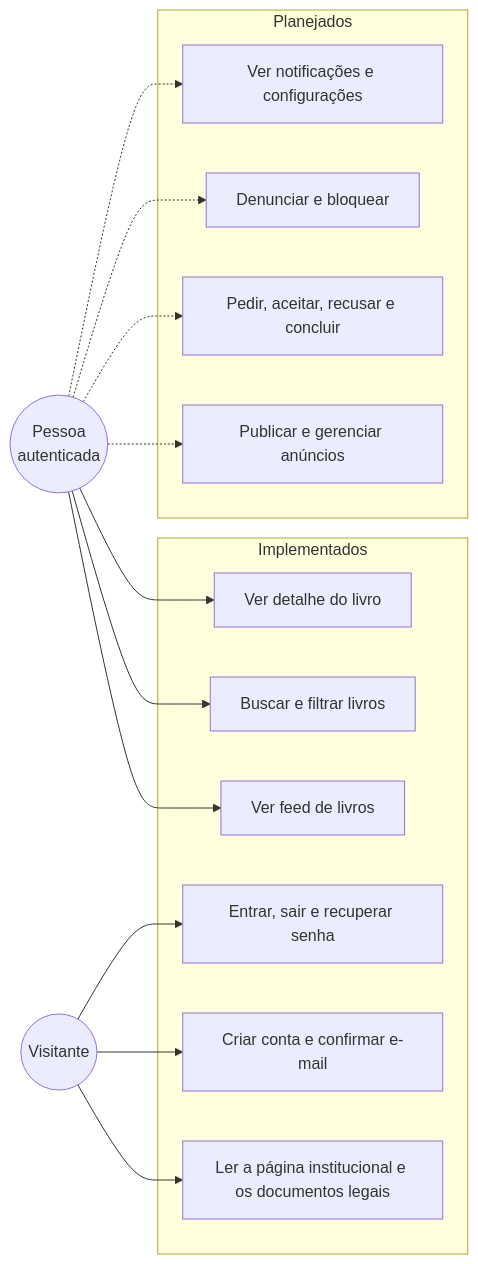
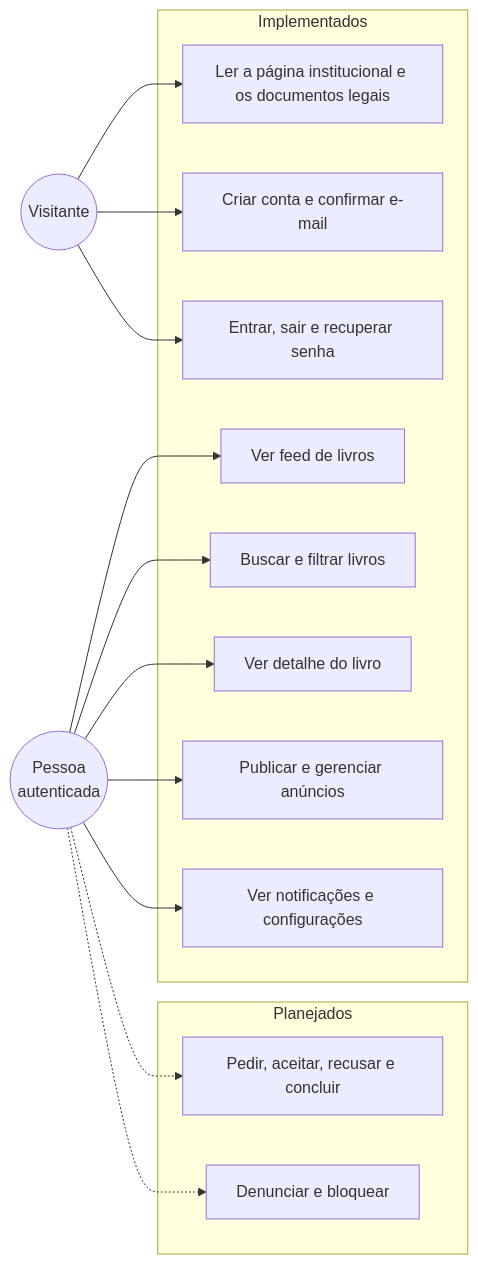
One commit to Ghostyxseven/IpeBook changed the third of 8 diagrams in docs/relatorio-pdm.md. Above: the diagram before and after it, drawn with Mermaid. The commit also changed other lines of this file and 15 other files, not shown here.

````diff
--- a/docs/relatorio-pdm.md
+++ b/docs/relatorio-pdm.md
@@ -82,29 +86,29 @@
 ```mermaid
 flowchart LR
   P(("Pessoa<br/>autenticada"))
   V(("Visitante"))
   subgraph Implementados
     UC1["Criar conta e confirmar e-mail"]
     UC2["Entrar, sair e recuperar senha"]
     UC3["Ver feed de livros"]
     UC4["Buscar e filtrar livros"]
     UC5["Ver detalhe do livro"]
     UC0["Ler a página institucional e os documentos legais"]
+    UC6["Publicar e gerenciar anúncios"]
+    UC9["Ver notificações e configurações"]
   end
   subgraph Planejados
-    UC6["Publicar e gerenciar anúncios"]
     UC7["Pedir, aceitar, recusar e concluir"]
     UC8["Denunciar e bloquear"]
-    UC9["Ver notificações e configurações"]
   end
   V --> UC0
   V --> UC1
   V --> UC2
   P --> UC3
   P --> UC4
   P --> UC5
-  P -.-> UC6
+  P --> UC6
+  P --> UC9
   P -.-> UC7
   P -.-> UC8
-  P -.-> UC9
 ```
````
